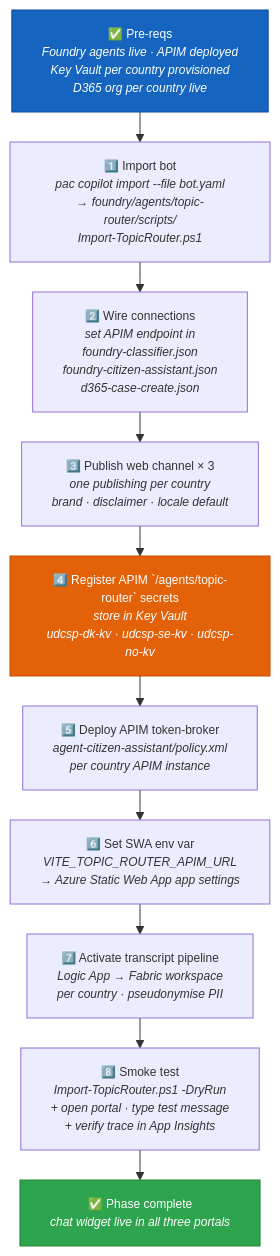
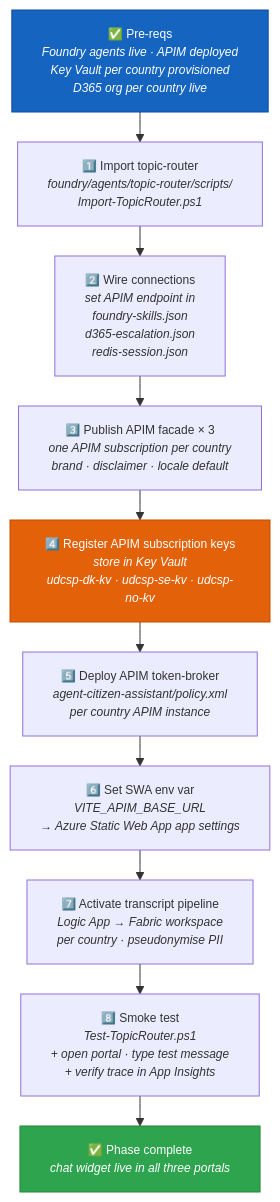
The fourth of 4 diagrams in docs/biz/chat.md (fredgis/UDCSP), drawn with Mermaid before and after one commit. The commit also changed other lines of this file and 12 other files, not shown here.

First line of the commit message:
fix(docs/biz): align with post-audit topic-router structure + add Test-TopicRouter

````diff
--- a/docs/biz/chat.md
+++ b/docs/biz/chat.md
@@ -526,20 +543,20 @@
 ```mermaid
 %%{ init: { 'flowchart': { 'nodeSpacing': 25, 'rankSpacing': 30 }, 'themeVariables': { 'fontSize': '12px' } } }%%
 flowchart TB
     P0["✅ Pre-reqs<br/><i>Foundry agents live · APIM deployed<br/>Key Vault per country provisioned<br/>D365 org per country live</i>"]
-    P1["1️⃣ Import bot<br/><i>pac copilot import --file bot.yaml<br/>→ foundry/agents/topic-router/scripts/<br/>Import-TopicRouter.ps1</i>"]
-    P2["2️⃣ Wire connections<br/><i>set APIM endpoint in<br/>foundry-classifier.json<br/>foundry-citizen-assistant.json<br/>d365-case-create.json</i>"]
-    P3["3️⃣ Publish web channel × 3<br/><i>one publishing per country<br/>brand · disclaimer · locale default</i>"]
-    P4["4️⃣ Register APIM `/agents/topic-router` secrets<br/><i>store in Key Vault<br/>udcsp-dk-kv · udcsp-se-kv · udcsp-no-kv</i>"]
+    P1["1️⃣ Import topic-router<br/><i>foundry/agents/topic-router/scripts/<br/>Import-TopicRouter.ps1</i>"]
+    P2["2️⃣ Wire connections<br/><i>set APIM endpoint in<br/>foundry-skills.json<br/>d365-escalation.json<br/>redis-session.json</i>"]
+    P3["3️⃣ Publish APIM facade × 3<br/><i>one APIM subscription per country<br/>brand · disclaimer · locale default</i>"]
+    P4["4️⃣ Register APIM subscription keys<br/><i>store in Key Vault<br/>udcsp-dk-kv · udcsp-se-kv · udcsp-no-kv</i>"]
     P5["5️⃣ Deploy APIM token-broker<br/><i>agent-citizen-assistant/policy.xml<br/>per country APIM instance</i>"]
-    P6["6️⃣ Set SWA env var<br/><i>VITE_TOPIC_ROUTER_APIM_URL<br/>→ Azure Static Web App app settings</i>"]
+    P6["6️⃣ Set SWA env var<br/><i>VITE_APIM_BASE_URL<br/>→ Azure Static Web App app settings</i>"]
     P7["7️⃣ Activate transcript pipeline<br/><i>Logic App → Fabric workspace<br/>per country · pseudonymise PII</i>"]
-    P8["8️⃣ Smoke test<br/><i>Import-TopicRouter.ps1 -DryRun<br/>+ open portal · type test message<br/>+ verify trace in App Insights</i>"]
+    P8["8️⃣ Smoke test<br/><i>Test-TopicRouter.ps1<br/>+ open portal · type test message<br/>+ verify trace in App Insights</i>"]
     P9["✅ Phase complete<br/><i>chat widget live in all three portals</i>"]
 
     P0 --> P1 --> P2 --> P3 --> P4 --> P5 --> P6 --> P7 --> P8 --> P9
 
     style P0 fill:#1565c0,stroke:#0d47a1,color:#fff
     style P9 fill:#2ea44f,stroke:#238636,color:#fff
     style P4 fill:#e36209,stroke:#c24e00,color:#fff
 ```
````
